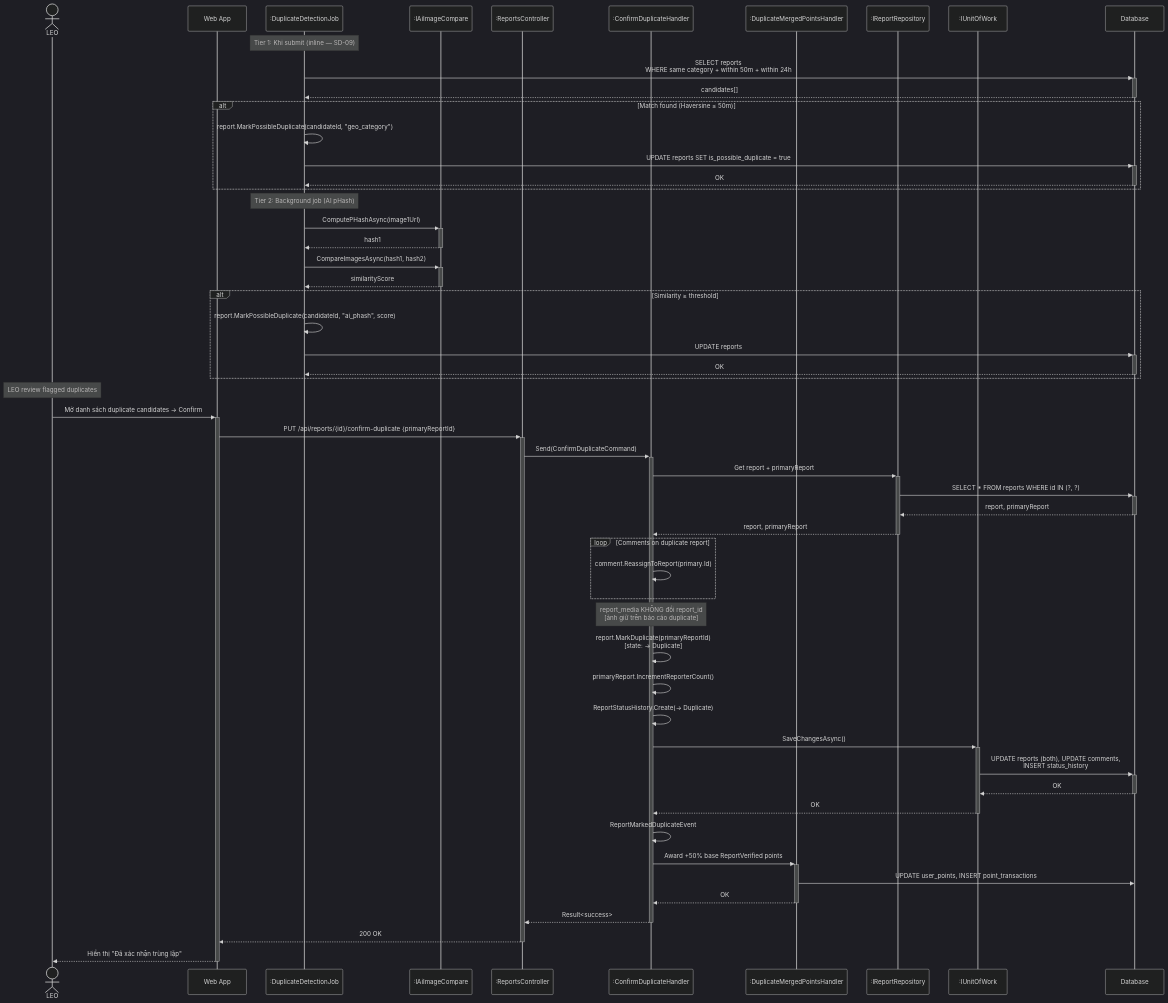
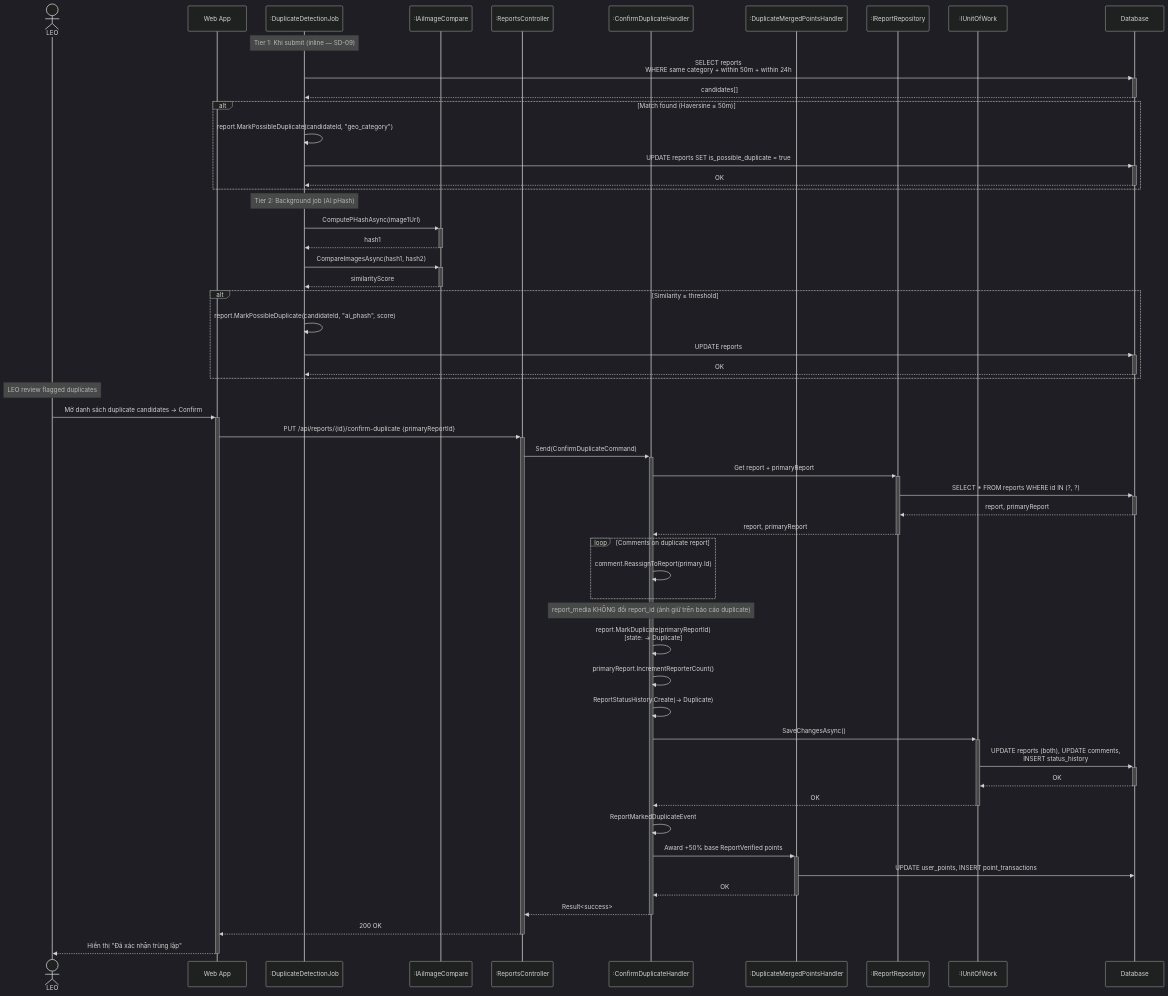
Before and after one commit to Capstonne-Project/greenlens-service: the tenth of 34 diagrams in docs/BusinessRule/SEQUENCE_DIAGRAMS.md, drawn with Mermaid (dark theme). The commit also changed other lines of this file, not shown here.

````diff
--- a/docs/BusinessRule/SEQUENCE_DIAGRAMS.md
+++ b/docs/BusinessRule/SEQUENCE_DIAGRAMS.md
@@ -611,66 +611,66 @@
 ```mermaid
 sequenceDiagram
     actor LEO
     participant App as Web App
     participant Job as :DuplicateDetectionJob
     participant AI as :IAiImageCompare
     participant Ctrl as :ReportsController
     participant Hdl as :ConfirmDuplicateHandler
     participant PtsHdl as :DuplicateMergedPointsHandler
     participant Repo as :IReportRepository
     participant UoW as :IUnitOfWork
     participant DB as Database
 
     Note over Job: Tier 1: Khi submit (inline — SD-09)
     Job->>+DB: SELECT reports<br/>WHERE same category + within 50m + within 24h
     DB-->>-Job: candidates[]
     alt Match found (Haversine ≤ 50m)
         Job->>Job: report.MarkPossibleDuplicate(candidateId, "geo_category")
         Job->>+DB: UPDATE reports SET is_possible_duplicate = true
         DB-->>-Job: OK
     end
 
     Note over Job: Tier 2: Background job (AI pHash)
     Job->>+AI: ComputePHashAsync(image1Url)
     AI-->>-Job: hash1
     Job->>+AI: CompareImagesAsync(hash1, hash2)
     AI-->>-Job: similarityScore
     alt Similarity ≥ threshold
         Job->>Job: report.MarkPossibleDuplicate(candidateId, "ai_phash", score)
         Job->>+DB: UPDATE reports
         DB-->>-Job: OK
     end
 
     Note over LEO: LEO review flagged duplicates
     LEO->>+App: Mở danh sách duplicate candidates → Confirm
     App->>+Ctrl: PUT /api/reports/{id}/confirm-duplicate {primaryReportId}
     Ctrl->>+Hdl: Send(ConfirmDuplicateCommand)
 
     Hdl->>+Repo: Get report + primaryReport
     Repo->>+DB: SELECT * FROM reports WHERE id IN (?, ?)
     DB-->>-Repo: report, primaryReport
     Repo-->>-Hdl: report, primaryReport
 
     loop Comments on duplicate report
         Hdl->>Hdl: comment.ReassignToReport(primary.Id)
     end
-    Note over Hdl: report_media KHÔNG đổi report_id<br/>[ảnh giữ trên báo cáo duplicate]
+    Note over Hdl: report_media KHÔNG đổi report_id (ảnh giữ trên báo cáo duplicate)
 
     Hdl->>Hdl: report.MarkDuplicate(primaryReportId)<br/>[state: → Duplicate]
     Hdl->>Hdl: primaryReport.IncrementReporterCount()
     Hdl->>Hdl: ReportStatusHistory.Create(→ Duplicate)
 
     Hdl->>+UoW: SaveChangesAsync()
     UoW->>+DB: UPDATE reports (both), UPDATE comments,<br/>INSERT status_history
     DB-->>-UoW: OK
     UoW-->>-Hdl: OK
 
     Hdl->>Hdl: ReportMarkedDuplicateEvent
     Hdl->>+PtsHdl: Award +50% base ReportVerified points
     PtsHdl->>DB: UPDATE user_points, INSERT point_transactions
     PtsHdl-->>-Hdl: OK
 
     Hdl-->>-Ctrl: Result<success>
     Ctrl-->>-App: 200 OK
     App-->>-LEO: Hiển thị "Đã xác nhận trùng lặp"
 ```
````
